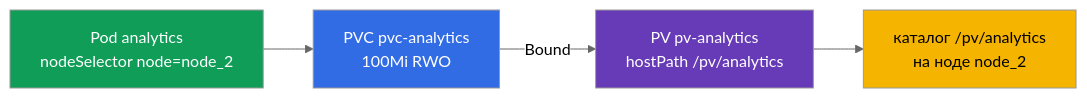
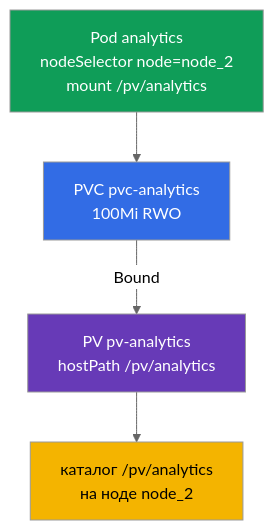
One commit to ViktorUJ/cks changed the diagram in tasks/cka/labs/108/README_RU.MD. Above: the diagram before and after it, drawn with Mermaid (neutral theme). The commit also changed other lines of this file and 36 other files, not shown here.

````diff
--- a/tasks/cka/labs/108/README_RU.MD
+++ b/tasks/cka/labs/108/README_RU.MD
@@ -28,10 +35,14 @@
 ```mermaid
-flowchart LR
-    pod["Pod analytics<br>nodeSelector node=node_2"] --> pvc["PVC pvc-analytics<br>100Mi RWO"]
-    pvc -->|"Bound"| pv["PV pv-analytics<br>hostPath /pv/analytics"]
-    pv --> disk["каталог /pv/analytics<br>на ноде node_2"]
+flowchart TB
+    pod["Pod analytics<br>nodeSelector node=node_2<br>mount /pv/analytics"]
+    pvc["PVC pvc-analytics<br>100Mi RWO"]
+    pv["PV pv-analytics<br>hostPath /pv/analytics"]
+    disk["каталог /pv/analytics<br>на ноде node_2"]
+    pod --> pvc
+    pvc -->|"Bound"| pv
+    pv --> disk
     style pod fill:#0f9d58,color:#fff
     style pvc fill:#326ce5,color:#fff
     style pv fill:#673ab7,color:#fff
     style disk fill:#f4b400,color:#000
 ```
````
